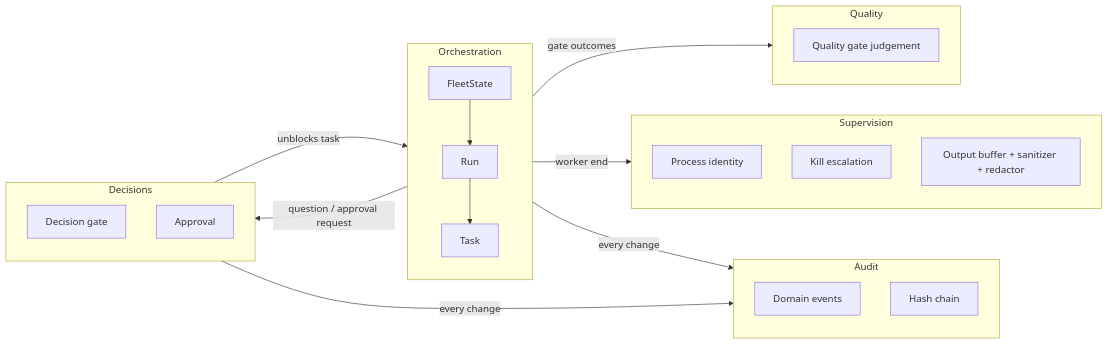
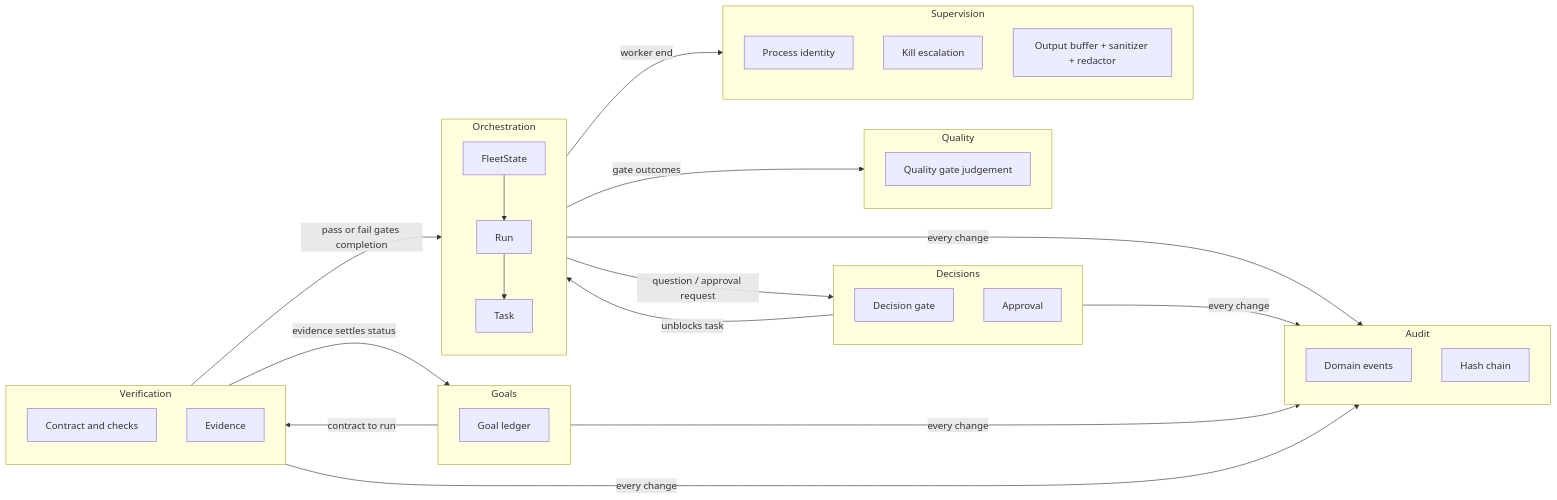
Before and after one commit to kienpt91/agent-fleet: the diagram in docs/domain.md, drawn with Mermaid. The commit also changed other lines of this file, not shown here.

````diff
--- a/docs/domain.md
+++ b/docs/domain.md
@@ -51,29 +66,41 @@
 ```mermaid
 flowchart LR
   subgraph Orchestration
     Run --> Task
     Fleet[FleetState] --> Run
   end
   subgraph Decisions
     DG[Decision gate]
     AP[Approval]
   end
   subgraph Quality
     QG[Quality gate judgement]
   end
   subgraph Supervision
     PI[Process identity]
     KE[Kill escalation]
     OB[Output buffer + sanitizer + redactor]
   end
   subgraph Audit
     EV[Domain events]
     CH[Hash chain]
   end
+  subgraph Goals
+    GL[Goal ledger]
+  end
+  subgraph Verification
+    VC[Contract and checks]
+    EVD[Evidence]
+  end
   Orchestration -- "question / approval request" --> Decisions
   Decisions -- "unblocks task" --> Orchestration
   Orchestration -- "gate outcomes" --> Quality
   Orchestration -- "worker end" --> Supervision
   Orchestration -- "every change" --> Audit
   Decisions -- "every change" --> Audit
+  Goals -- "contract to run" --> Verification
+  Verification -- "evidence settles status" --> Goals
+  Verification -- "pass or fail gates completion" --> Orchestration
+  Goals -- "every change" --> Audit
+  Verification -- "every change" --> Audit
 ```
````
